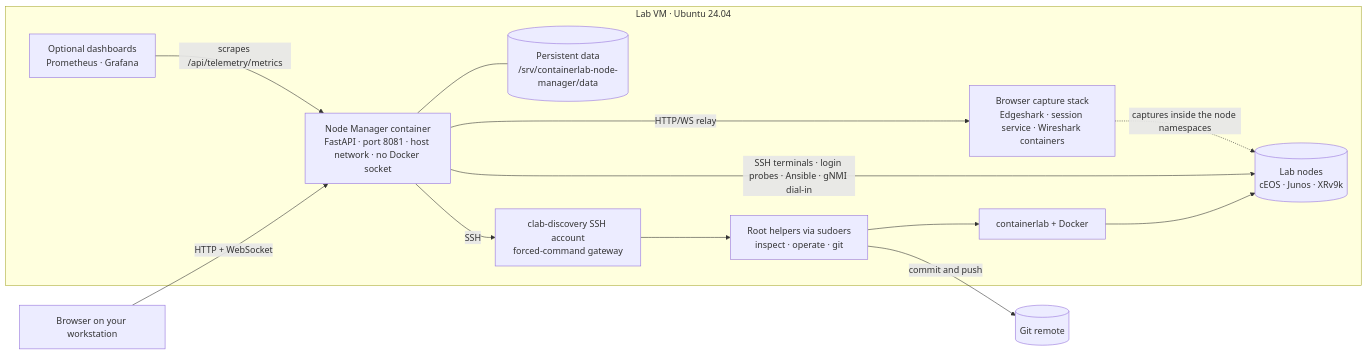
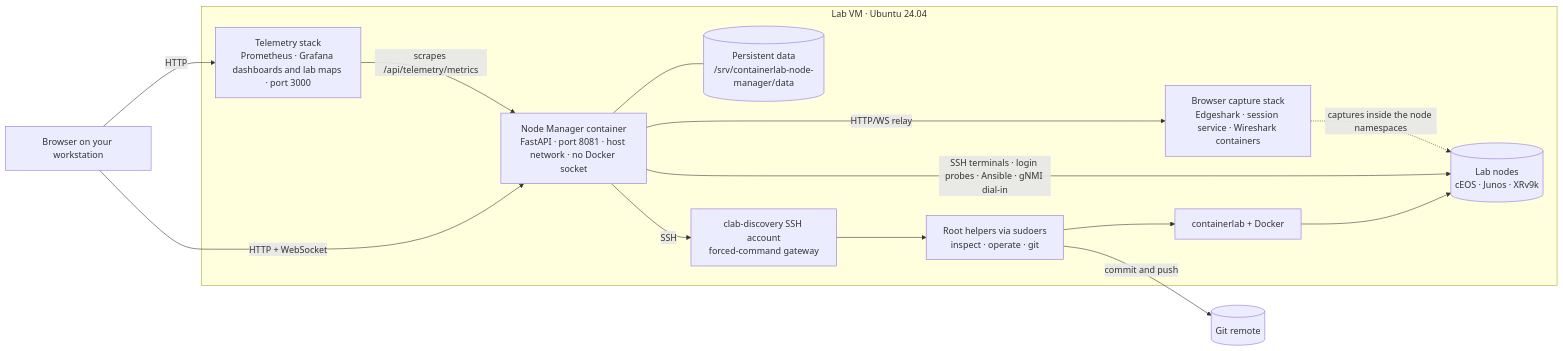
The diagram in README.md (ArchRuger/CLAB-BACKUP-WORKER-v2), drawn with Mermaid before and after one commit. The commit also changed other lines of this file and 71 other files, not shown here.

First line of the commit message:
Audit the guides and the installer, move telemetry to Grafana; release 1.25.0

````diff
--- a/README.md
+++ b/README.md
@@ -107,23 +112,24 @@
 ```mermaid
 flowchart LR
     B["Browser on your workstation"]
     subgraph VM["Lab VM · Ubuntu 24.04"]
         M["Node Manager container<br/>FastAPI · port 8081 · host network · no Docker socket"]
         D[("Persistent data<br/>/srv/containerlab-node-manager/data")]
         G["clab-discovery SSH account<br/>forced-command gateway"]
         H["Root helpers via sudoers<br/>inspect · operate · git"]
         C["containerlab + Docker"]
         N[("Lab nodes<br/>cEOS · Junos · XRv9k")]
         W["Browser capture stack<br/>Edgeshark · session service · Wireshark containers"]
-        T["Optional dashboards<br/>Prometheus · Grafana"]
+        T["Telemetry stack<br/>Prometheus · Grafana dashboards and lab maps · port 3000"]
     end
     R[("Git remote")]
     B -- "HTTP + WebSocket" --> M
+    B -- "HTTP" --> T
     M --- D
     M -- "SSH" --> G --> H --> C --> N
     M -- "SSH terminals · login probes · Ansible · gNMI dial-in" --> N
     M -- "HTTP/WS relay" --> W
     T -- "scrapes /api/telemetry/metrics" --> M
     W -. "captures inside the node namespaces" .-> N
     H -- "commit and push" --> R
 ```
````
